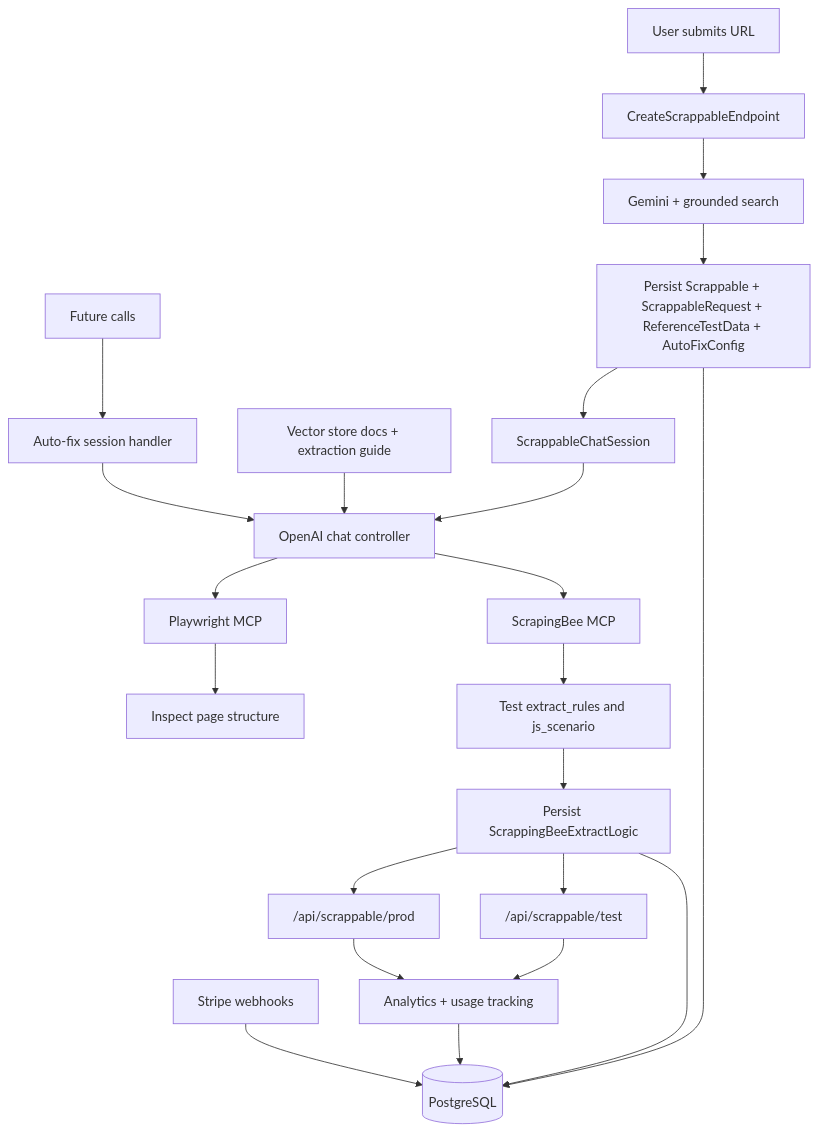
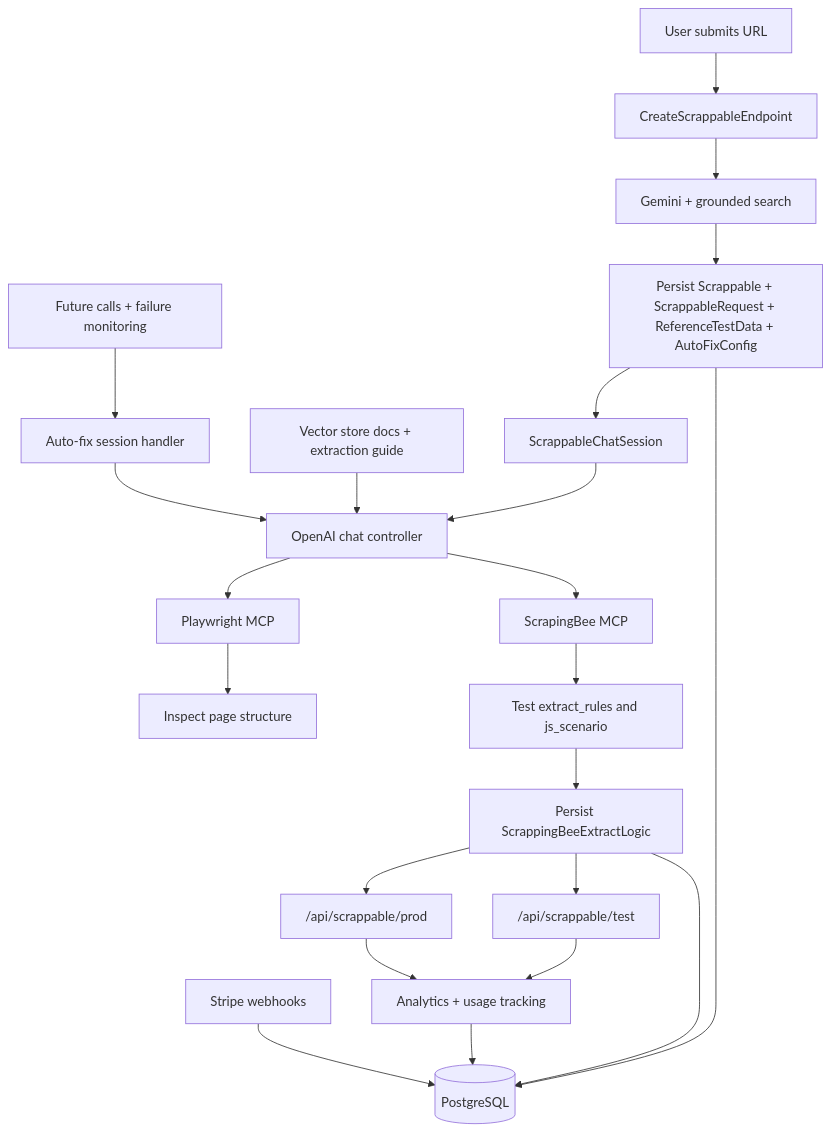
One commit to igormidev/zenscrap changed the second of 3 diagrams in README.md. Above: the diagram before and after it, drawn with Mermaid. The commit also changed other lines of this file, not shown here.

````diff
--- a/README.md
+++ b/README.md
@@ -229,28 +260,28 @@
 ```mermaid
 flowchart TD
     A["User submits URL"] --> B["CreateScrappableEndpoint"]
     B --> C["Gemini + grounded search"]
     C --> D["Persist Scrappable + ScrappableRequest + ReferenceTestData + AutoFixConfig"]
 
     D --> E["ScrappableChatSession"]
     E --> F["OpenAI chat controller"]
     V["Vector store docs + extraction guide"] --> F
     F --> G["Playwright MCP"]
     F --> H["ScrapingBee MCP"]
     G --> I["Inspect page structure"]
     H --> J["Test extract_rules and js_scenario"]
     J --> K["Persist ScrappingBeeExtractLogic"]
 
     K --> L["/api/scrappable/test"]
     K --> M["/api/scrappable/prod"]
     L --> N["Analytics + usage tracking"]
     M --> N
 
-    O["Future calls"] --> P["Auto-fix session handler"]
+    O["Future calls + failure monitoring"] --> P["Auto-fix session handler"]
     P --> F
 
     D --> Q[("PostgreSQL")]
     K --> Q
     N --> Q
     R["Stripe webhooks"] --> Q
 ```
````
